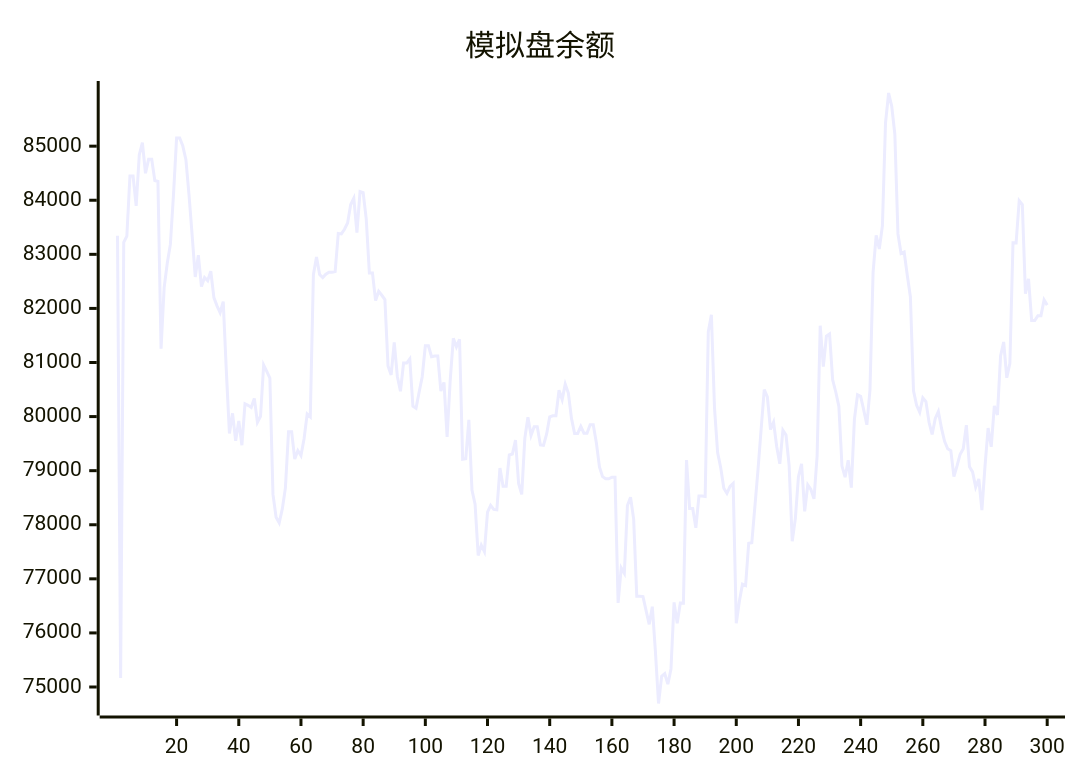
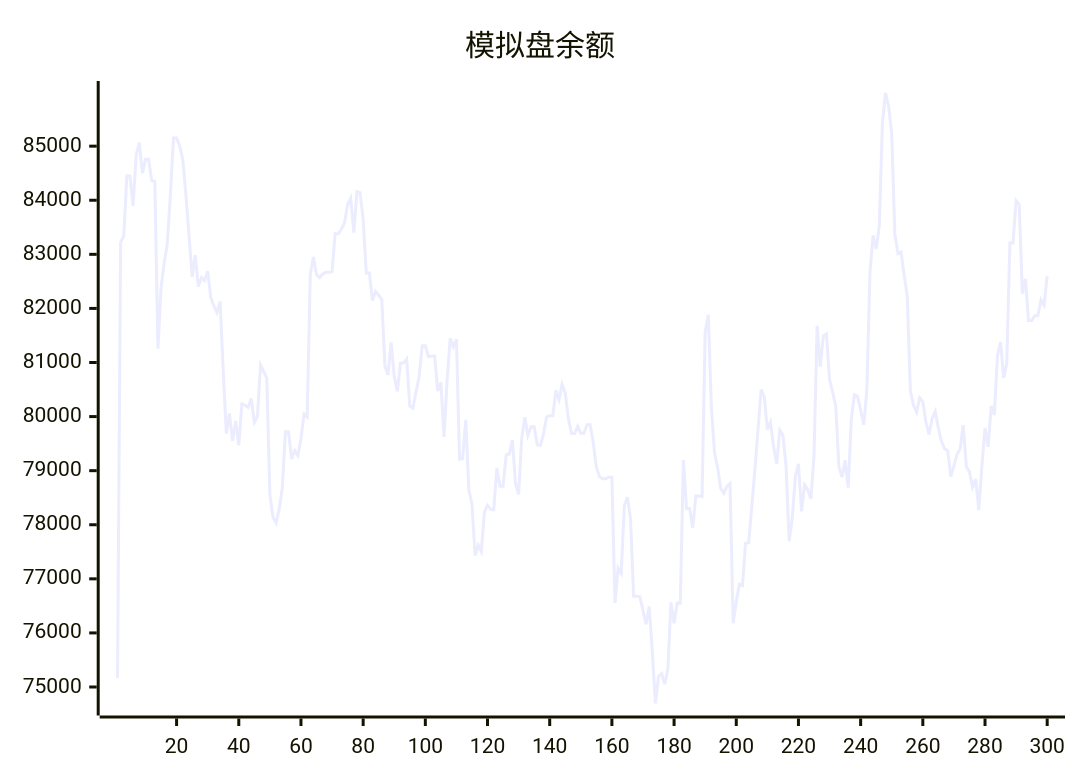
Before and after one commit to aahl/ai-trading: the diagram in README.md, drawn with Mermaid. The commit also changed other lines of this file and 1 other file, not shown here.

````diff
--- a/README.md
+++ b/README.md
@@ -5,5 +5,5 @@
 ```mermaid
 xychart
     title "模拟盘余额"
-    line [83342,75168,83222,83336,84448,84449,83896,84839,85065,84499,84757,84757,84364,84347,81254,82385,82835,83184,84099,85150,85150,85002,84751,84096,83356,82582,82983,82404,82572,82512,82688,82200,82047,81920,82125,80840,79688,80060,79552,79920,79470,80236,80208,80170,80336,79894,80006,80954,80837,80712,78561,78139,78037,78293,78682,79720,79720,79214,79372,79279,79591,80046,79993,82625,82950,82626,82571,82633,82670,82670,82681,83386,83378,83464,83579,83920,84037,83402,84160,84142,83652,82655,82655,82145,82315,82243,82163,80934,80770,81371,80742,80468,80989,80989,81067,80191,80155,80450,80737,81309,81309,81106,81119,81119,80471,80631,79624,80670,81448,81290,81429,79212,79222,79940,78643,78380,77432,77623,77504,78235,78358,78284,78277,79048,78714,78714,79290,79308,79567,78763,78563,79603,79988,79652,79813,79813,79476,79469,79673,79995,80015,80015,80486,80314,80600,80436,79966,79689,79689,79819,79692,79692,79850,79850,79518,79071,78889,78850,78850,78878,78878,76554,77202,77103,78357,78510,78106,76678,76677,76672,76411,76159,76485,75656,74695,75197,75246,75052,75334,76564,76179,76553,76551,79196,78300,78300,77944,78531,78531,78521,81564,81884,80160,79335,79055,78675,78580,78708,78764,76179,76586,76902,76876,77658,77669,78346,79023,79769,80497,80366,79761,79896,79448,79126,79749,79658,79097,77695,78114,78888,79126,78249,78738,78653,78478,79271,81680,80923,81488,81527,80681,80455,80190,79084,78879,79193,78686,79954,80403,80374,80118,79848,80491,82665,83351,83098,83525,85430,85983,85737,85221,83378,83014,83043,82613,82216,80477,80208,80081,80348,80277,79894,79670,79965,80093,79786,79542,79406,79371,78893,79087,79304,79406,79841,79072,78978,78696,78846,78272,79085,79787,79442,80198,80031,81120,81379,80718,80985,83214,83212,83993,83921,82270,82547,81776,81776,81866,81866,82158,82061]
+    line [75168,83222,83336,84448,84449,83896,84839,85065,84499,84757,84757,84364,84347,81254,82385,82835,83184,84099,85150,85150,85002,84751,84096,83356,82582,82983,82404,82572,82512,82688,82200,82047,81920,82125,80840,79688,80060,79552,79920,79470,80236,80208,80170,80336,79894,80006,80954,80837,80712,78561,78139,78037,78293,78682,79720,79720,79214,79372,79279,79591,80046,79993,82625,82950,82626,82571,82633,82670,82670,82681,83386,83378,83464,83579,83920,84037,83402,84160,84142,83652,82655,82655,82145,82315,82243,82163,80934,80770,81371,80742,80468,80989,80989,81067,80191,80155,80450,80737,81309,81309,81106,81119,81119,80471,80631,79624,80670,81448,81290,81429,79212,79222,79940,78643,78380,77432,77623,77504,78235,78358,78284,78277,79048,78714,78714,79290,79308,79567,78763,78563,79603,79988,79652,79813,79813,79476,79469,79673,79995,80015,80015,80486,80314,80600,80436,79966,79689,79689,79819,79692,79692,79850,79850,79518,79071,78889,78850,78850,78878,78878,76554,77202,77103,78357,78510,78106,76678,76677,76672,76411,76159,76485,75656,74695,75197,75246,75052,75334,76564,76179,76553,76551,79196,78300,78300,77944,78531,78531,78521,81564,81884,80160,79335,79055,78675,78580,78708,78764,76179,76586,76902,76876,77658,77669,78346,79023,79769,80497,80366,79761,79896,79448,79126,79749,79658,79097,77695,78114,78888,79126,78249,78738,78653,78478,79271,81680,80923,81488,81527,80681,80455,80190,79084,78879,79193,78686,79954,80403,80374,80118,79848,80491,82665,83351,83098,83525,85430,85983,85737,85221,83378,83014,83043,82613,82216,80477,80208,80081,80348,80277,79894,79670,79965,80093,79786,79542,79406,79371,78893,79087,79304,79406,79841,79072,78978,78696,78846,78272,79085,79787,79442,80198,80031,81120,81379,80718,80985,83214,83212,83993,83921,82270,82547,81776,81776,81866,81866,82158,82061,82596]
 ```
````
